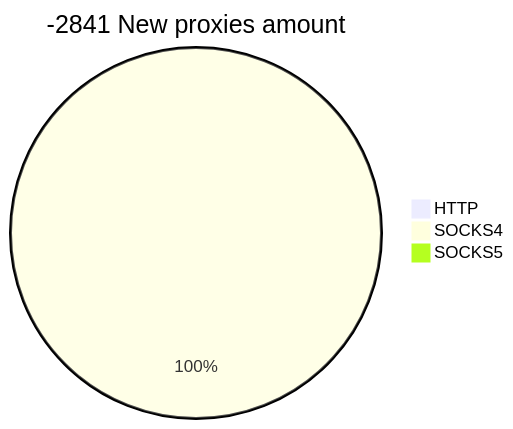
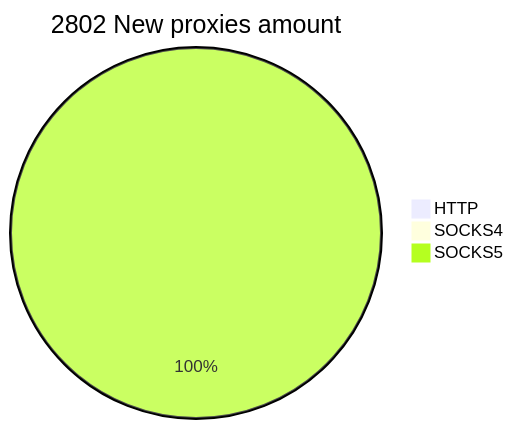
One commit to cutipu/proxylist changed the second of 2 diagrams in README.md. Above: the diagram before and after it, drawn with Mermaid. The commit also changed other lines of this file, not shown here.

````diff
--- a/README.md
+++ b/README.md
@@ -10,6 +10,6 @@
 ```mermaid
-pie title -2841 New proxies amount
+pie title 2802 New proxies amount
     "HTTP" : 0
     "SOCKS4" : 1
-    "SOCKS5" : 0
+    "SOCKS5" : 2801
 ```
````
